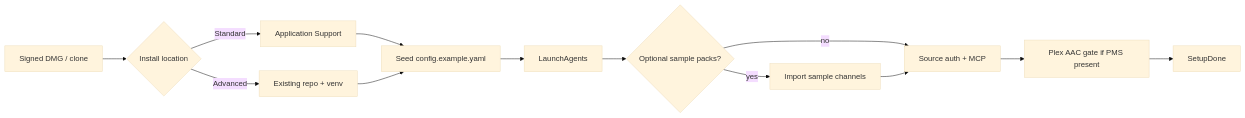
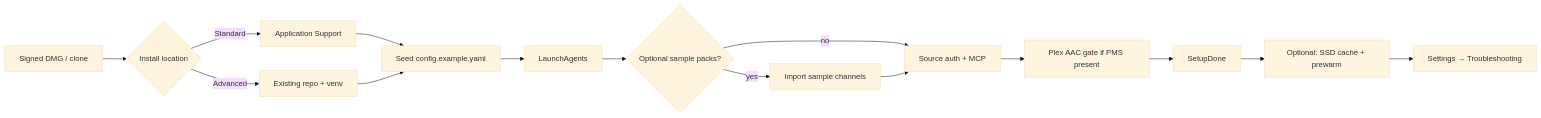
The diagram in docs/wiki/Production-Bootstrap.md (roto31/StreamTV), drawn with Mermaid (base theme) before and after one commit. The commit also changed other lines of this file and 18 other files, not shown here.

````diff
--- a/docs/wiki/Production-Bootstrap.md
+++ b/docs/wiki/Production-Bootstrap.md
@@ -5,15 +5,17 @@
 ```mermaid
 flowchart LR
   DMG["Signed DMG / clone"] --> Loc{"Install location"}
   Loc -->|Standard| AppSup["Application Support"]
   Loc -->|Advanced| Repo["Existing repo + venv"]
   AppSup --> Seed["Seed config.example.yaml"]
   Repo --> Seed
   Seed --> Agents["LaunchAgents"]
   Agents --> Samples{"Optional sample packs?"}
   Samples -->|yes| Import["Import sample channels"]
   Samples -->|no| Auth["Source auth + MCP"]
   Import --> Auth
   Auth --> Gate["Plex AAC gate if PMS present"]
   Gate --> Done["SetupDone"]
+  Done --> KeepWarm["Optional: SSD cache + prewarm"]
+  KeepWarm --> Trouble["Settings → Troubleshooting"]
 ```
````
